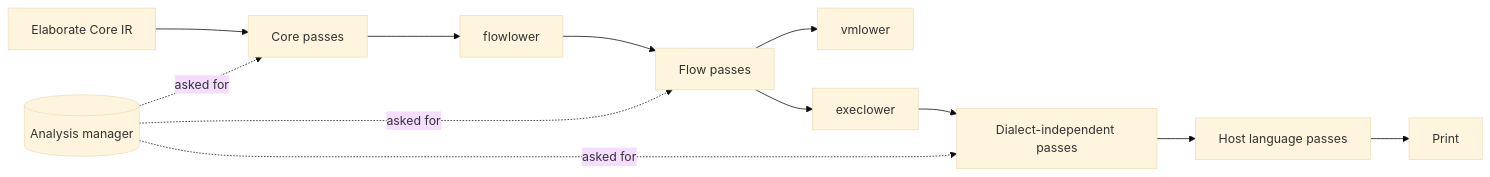
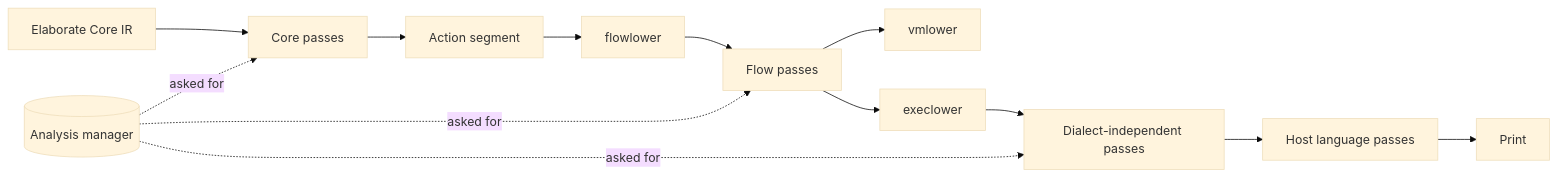
One commit to syntaxir/syntaxir changed the first of 2 diagrams in docs/design/pass-pipeline.md. Above: the diagram before and after it, drawn with Mermaid (base theme). The commit also changed other lines of this file and 12 other files, not shown here.

````diff
--- a/docs/design/pass-pipeline.md
+++ b/docs/design/pass-pipeline.md
@@ -113,14 +113,15 @@
 ```mermaid
 flowchart LR
   E[Elaborate Core IR] --> CP[Core passes]
-  CP --> FL[flowlower]
+  CP --> AL[Action segment]
+  AL --> FL[flowlower]
   FL --> FP[Flow passes]
   FP --> VL[vmlower]
   FP --> EL[execlower]
   EL --> XP[Dialect-independent passes]
   XP --> LP[Host language passes]
   LP --> PR[Print]
   AM[(Analysis manager)] -.asked for.-> CP
   AM -.asked for.-> FP
   AM -.asked for.-> XP
 ```
````
